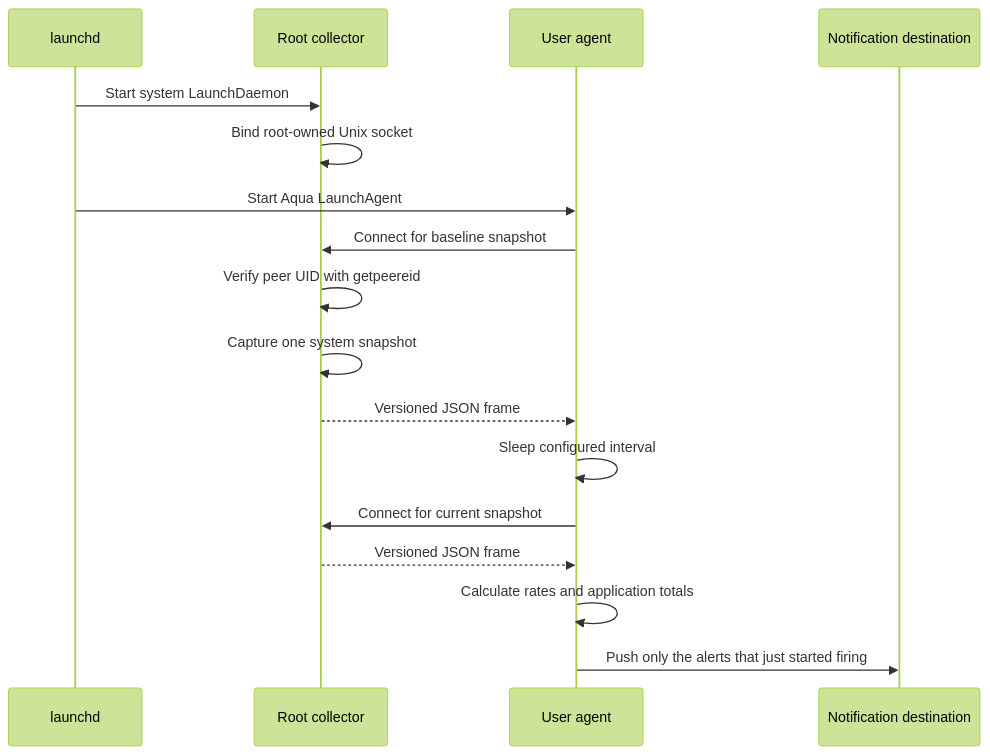
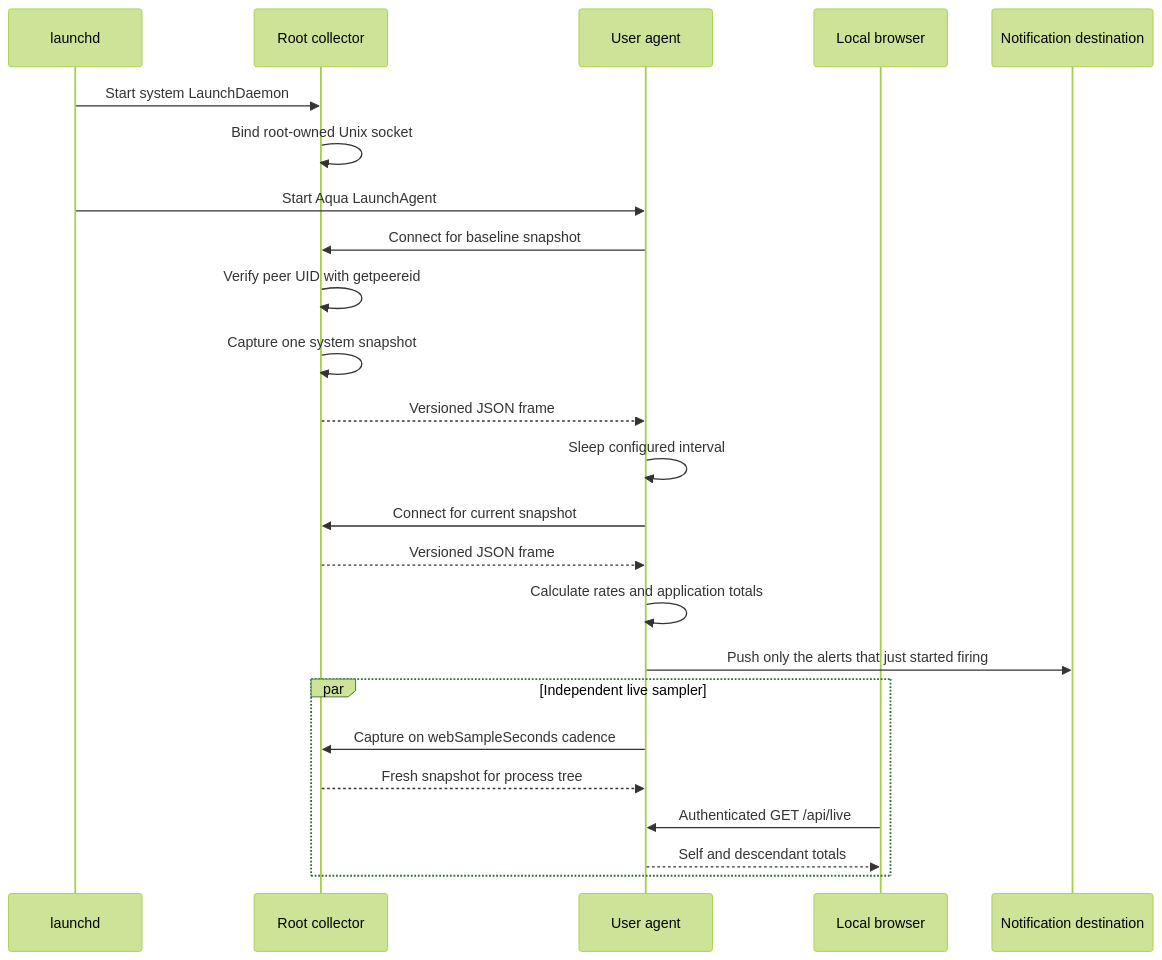
One commit to Heapy/harmon changed the diagram in docs/architecture.md. Above: the diagram before and after it, drawn with Mermaid (forest theme). The commit also changed other lines of this file and 42 other files, not shown here.

Commit message:
feat: restore local live process UI

````diff
--- a/docs/architecture.md
+++ b/docs/architecture.md
@@ -111,20 +111,27 @@
 ```mermaid
 sequenceDiagram
     participant L as launchd
     participant C as Root collector
     participant A as User agent
+    participant U as Local browser
     participant D as Notification destination
 
     L->>C: Start system LaunchDaemon
     C->>C: Bind root-owned Unix socket
     L->>A: Start Aqua LaunchAgent
     A->>C: Connect for baseline snapshot
     C->>C: Verify peer UID with getpeereid
     C->>C: Capture one system snapshot
     C-->>A: Versioned JSON frame
     A->>A: Sleep configured interval
     A->>C: Connect for current snapshot
     C-->>A: Versioned JSON frame
     A->>A: Calculate rates and application totals
     A->>D: Push only the alerts that just started firing
+    par Independent live sampler
+        A->>C: Capture on webSampleSeconds cadence
+        C-->>A: Fresh snapshot for process tree
+        U->>A: Authenticated GET /api/live
+        A-->>U: Self and descendant totals
+    end
 ```
````
